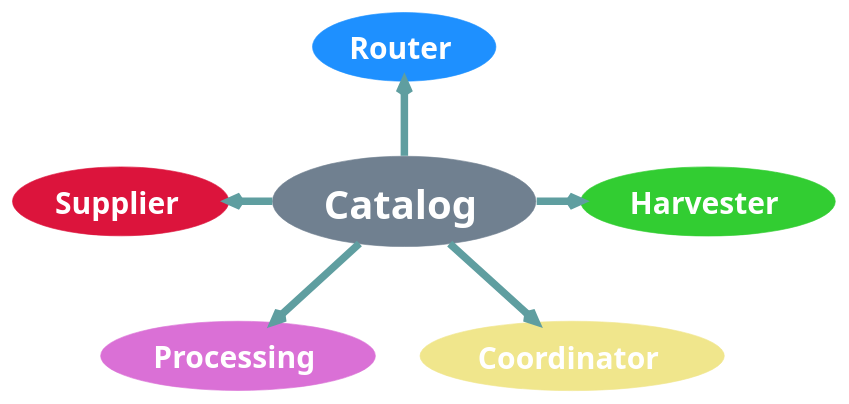
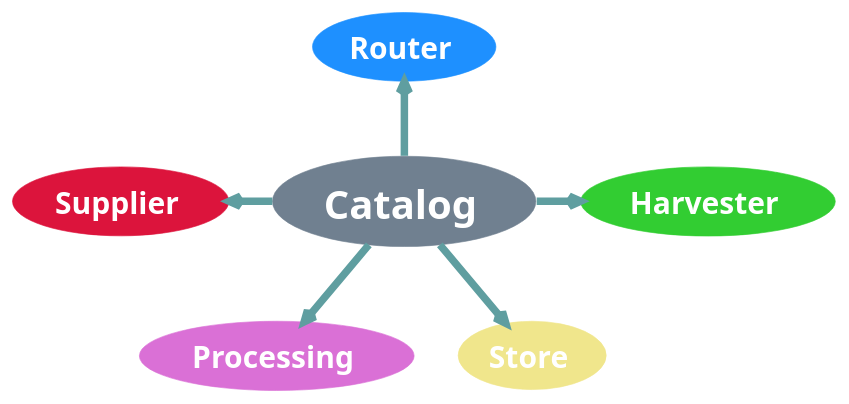
The diagram in docs/diagrams/servicesConceptStars.puml (Terradue/Stars), drawn with PlantUML before and after one commit. The commit also changed 29 other files, not shown here.

```diff
--- a/docs/diagrams/servicesConceptStars.puml
+++ b/docs/diagrams/servicesConceptStars.puml
@@ -1,53 +1,53 @@
 @startuml servicesPrinciplesStars
 
 hide stereotype
 
 skinparam usecase {
 
     BackgroundColor<< Catalog >> SlateGrey
     BorderColor<< Catalog >> SlateGrey
     FontSize<< Catalog >>  32
 
     BackgroundColor<< Supplier >> Crimson
     BorderColor<< Supplier >> Crimson
 
     BackgroundColor<< Harvester >> LimeGreen
     BorderColor<< Harvester >> LimeGreen
 
-    BackgroundColor<< Coordinator >> Khaki
-    BorderColor<< Coordinator >> Khaki
+    BackgroundColor<< Store >> Khaki
+    BorderColor<< Store >> Khaki
 
     BackgroundColor<< Processing >> Orchid
     BorderColor<< Processing >> Orchid
 
     BackgroundColor<< Router >> DodgerBlue
     BorderColor<< Router >> DodgerBlue
 
     FontColor White
     FontName Verdana
     FontStyle Bold
     FontSize 24
 
     shadowing false
 
     ArrowColor CadetBlue
     ArrowThickness 6
 
 }
 
 (Router) <<Router>> as router
 (Catalog) <<Catalog>> as catalog
 (Supplier) <<Supplier>> as supplier
 (Harvester) <<Harvester>> as harvester
 (Processing) <<Processing>> as processing
-(Coordinator) <<Coordinator>> as coordinator
+(Store) <<Store>> as store
 
 catalog -up-> router
 catalog -left-> supplier
 catalog -right-> harvester
 catalog --> processing
-catalog --> coordinator
+catalog --> store
 
 
 
 @enduml
```
